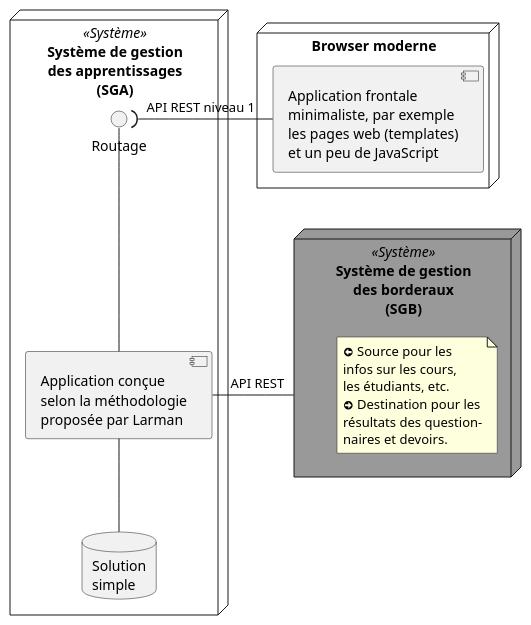
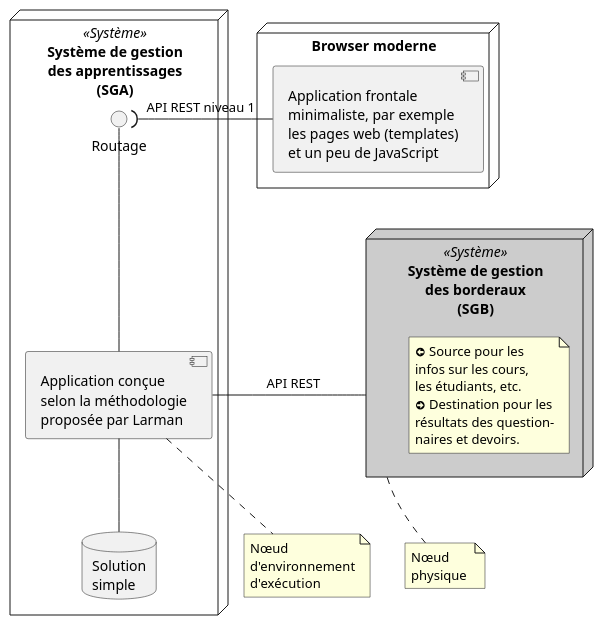
One commit to fuhrmanator/log210-ndc-quarto changed the diagram in DiagrammesDeploiement.qmd. Above: the diagram before and after it, drawn with PlantUML. The commit also changed other lines of this file, not shown here.

```diff
--- a/DiagrammesDeploiement.qmd
+++ b/DiagrammesDeploiement.qmd
@@ -28,34 +28,48 @@
 @startuml
 skinparam style strictuml
 skinparam componentStyle uml2
 
-node "Browser moderne" {
+node "Browser moderne" as bm {
     component [Application frontale\nminimaliste, par exemple\nles pages web (templates)\net un peu de JavaScript] as GUI
 }
 
-node "Système de gestion\ndes apprentissages\n(SGA)" <<Système>> {
+node "Système de gestion\ndes apprentissages\n(SGA)" as SGA <<Système>> {
     interface Routage as Router
 
     [Application conçue\nselon la méthodologie\nproposée par Larman] as App
 
     database "Solution\nsimple" as SimpleDB {
     } 
 }
 
-node "Système de gestion\ndes borderaux\n(SGB)" as SGB <<Système>> #999999 {
+node "Système de gestion\ndes borderaux\n(SGB)" as SGB <<Système>> #CCCCCC {
 note as SGBNote
 <&arrow-circle-left> Source pour les
 infos sur les cours, 
 les étudiants, etc.
 <&arrow-circle-right> Destination pour les
 résultats des question-
 naires et devoirs.
 end note
 }
 
 
-GUI -left-( Router : API REST niveau 1
-Router -down- App
-App -down- SimpleDB
-App -right- SGB : API REST
+GUI -l-( Router : API REST niveau 1
+Router -- App
+App -- SimpleDB
+App -l- SGB : API REST
+
+note as NP1
+Nœud
+physique 
+end note
+
+note as NE
+Nœud
+d'environnement
+d'exécution
+end note
+
+NE .up. App
+NP1 .up. SGB
 @enduml
```
